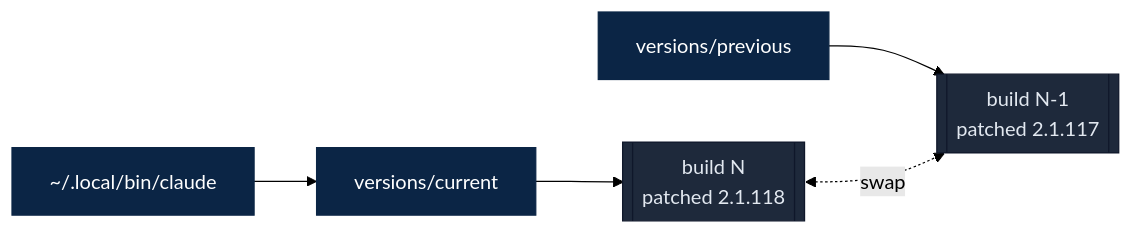
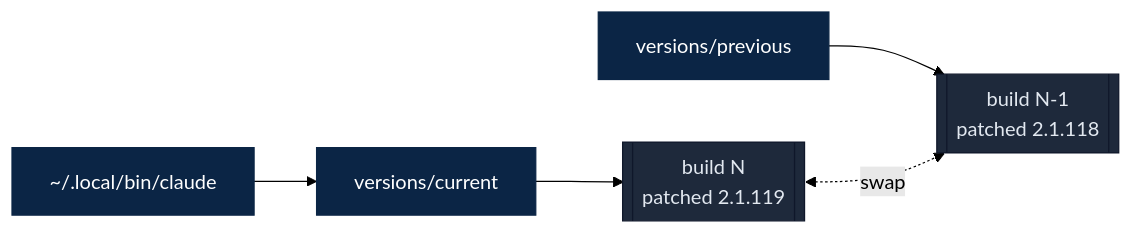
The second of 3 diagrams in README.md (camjac251/cc-enhanced), drawn with Mermaid (forest theme) before and after one commit. The commit also changed other lines of this file, not shown here.

````diff
--- a/README.md
+++ b/README.md
@@ -70,13 +70,13 @@
 ```mermaid
 flowchart LR
     Launcher["~/.local/bin/claude"] --> Current["versions/current"]
     Previous["versions/previous"]
-    Current --> NewBuild[["build N<br/>patched 2.1.118"]]
-    Previous --> OldBuild[["build N-1<br/>patched 2.1.117"]]
+    Current --> NewBuild[["build N<br/>patched 2.1.119"]]
+    Previous --> OldBuild[["build N-1<br/>patched 2.1.118"]]
     NewBuild <-. swap .-> OldBuild
 
     classDef sym fill:#0b2545,stroke:#0b2545,color:#fff
     classDef build fill:#1e293b,stroke:#0f172a,color:#e2e8f0
     class Launcher,Current,Previous sym
     class NewBuild,OldBuild build
 ```
````
